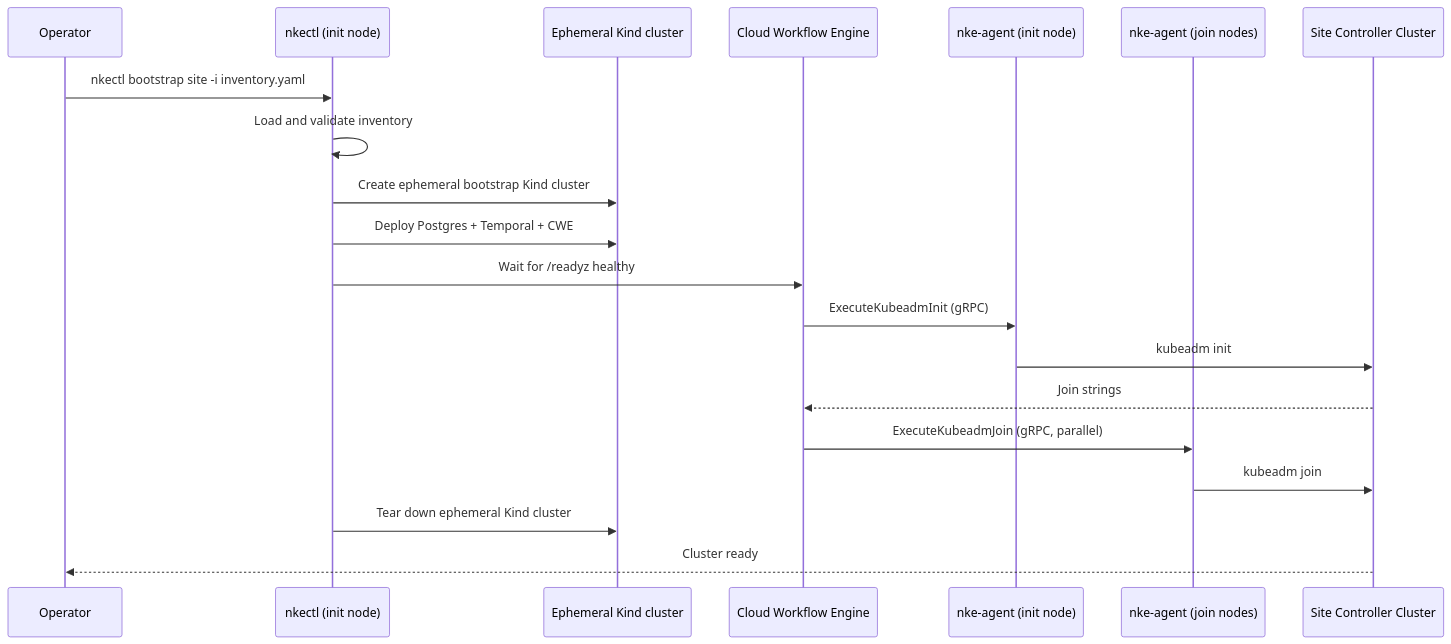
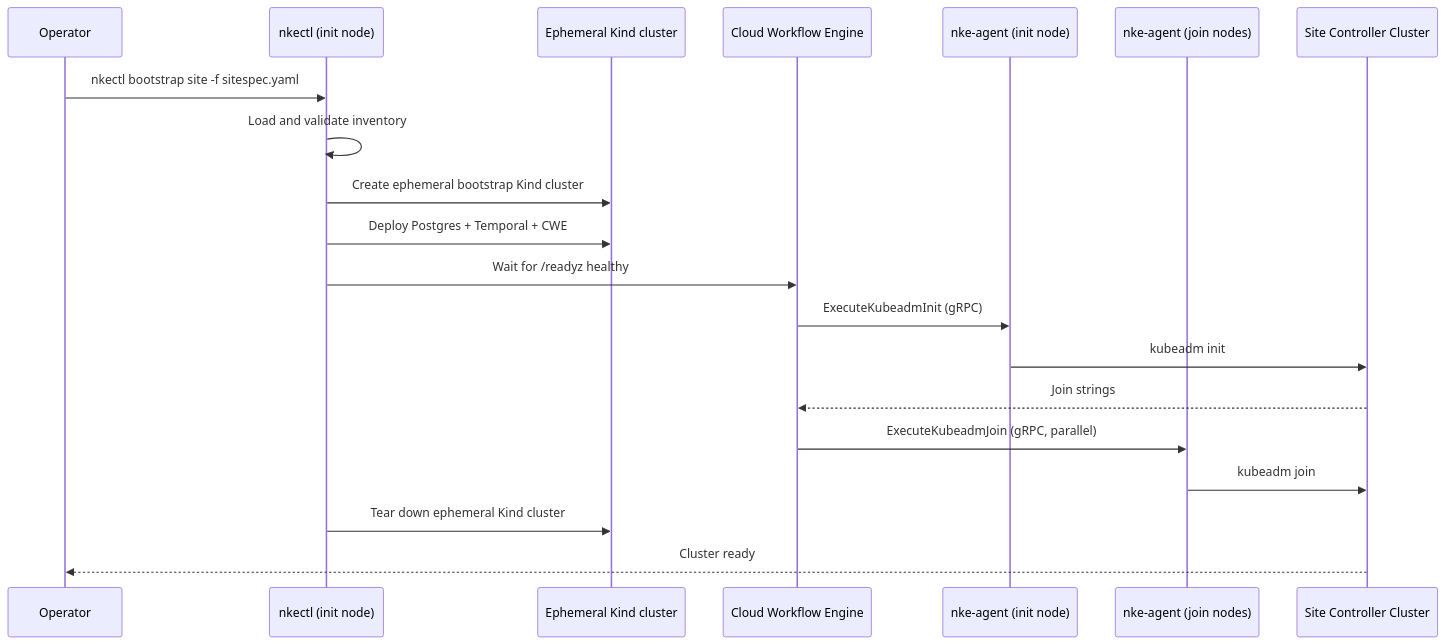
One commit to FrankSpitulski/nvke changed the diagram in docs/site-bootstrap/overview.md. Above: the diagram before and after it, drawn with Mermaid. The commit also changed other lines of this file and 28 other files, not shown here.

````diff
--- a/docs/site-bootstrap/overview.md
+++ b/docs/site-bootstrap/overview.md
@@ -21,23 +21,23 @@
 ```mermaid
 sequenceDiagram
     participant Op as Operator
     participant Ctl as nkectl (init node)
     participant Kind as Ephemeral Kind cluster
     participant CWE as Cloud Workflow Engine
     participant Init as nke-agent (init node)
     participant Join as nke-agent (join nodes)
     participant K8s as Site Controller Cluster
 
-    Op->>Ctl: nkectl bootstrap site -i inventory.yaml
+    Op->>Ctl: nkectl bootstrap site -f sitespec.yaml
     Ctl->>Ctl: Load and validate inventory
     Ctl->>Kind: Create ephemeral bootstrap Kind cluster
     Ctl->>Kind: Deploy Postgres + Temporal + CWE
     Ctl->>CWE: Wait for /readyz healthy
     CWE->>Init: ExecuteKubeadmInit (gRPC)
     Init->>K8s: kubeadm init
     K8s-->>CWE: Join strings
     CWE->>Join: ExecuteKubeadmJoin (gRPC, parallel)
     Join->>K8s: kubeadm join
     Ctl->>Kind: Tear down ephemeral Kind cluster
     K8s-->>Op: Cluster ready
 ```
````
